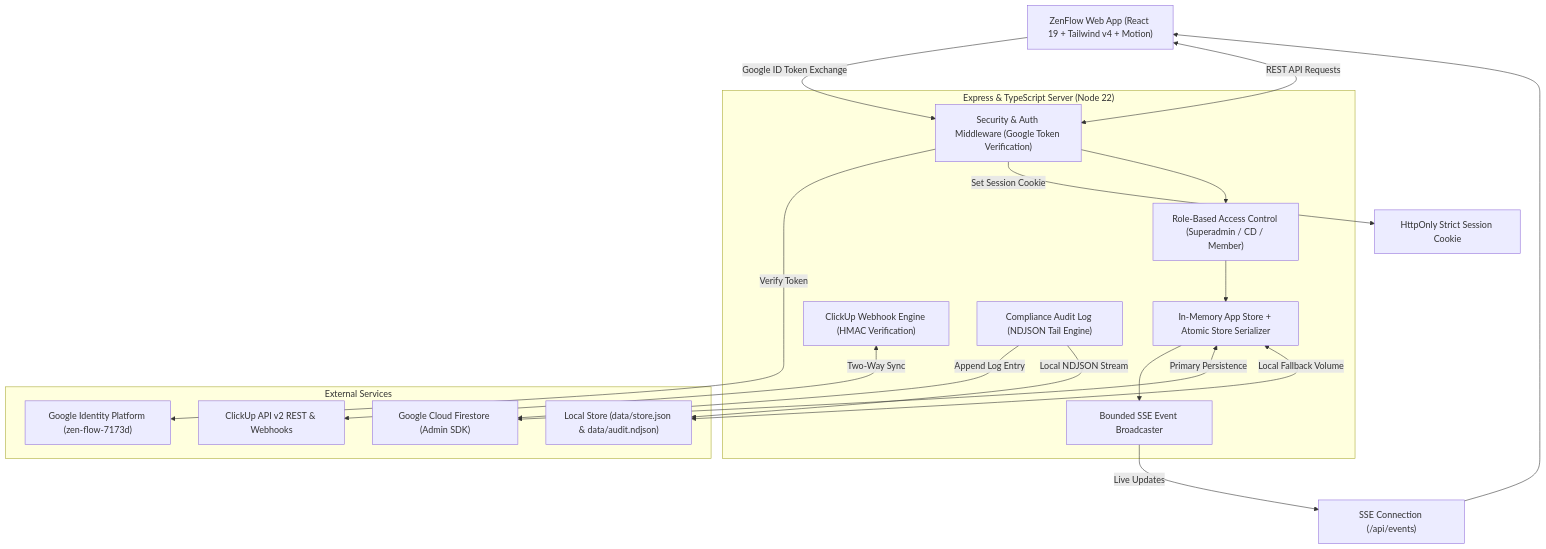
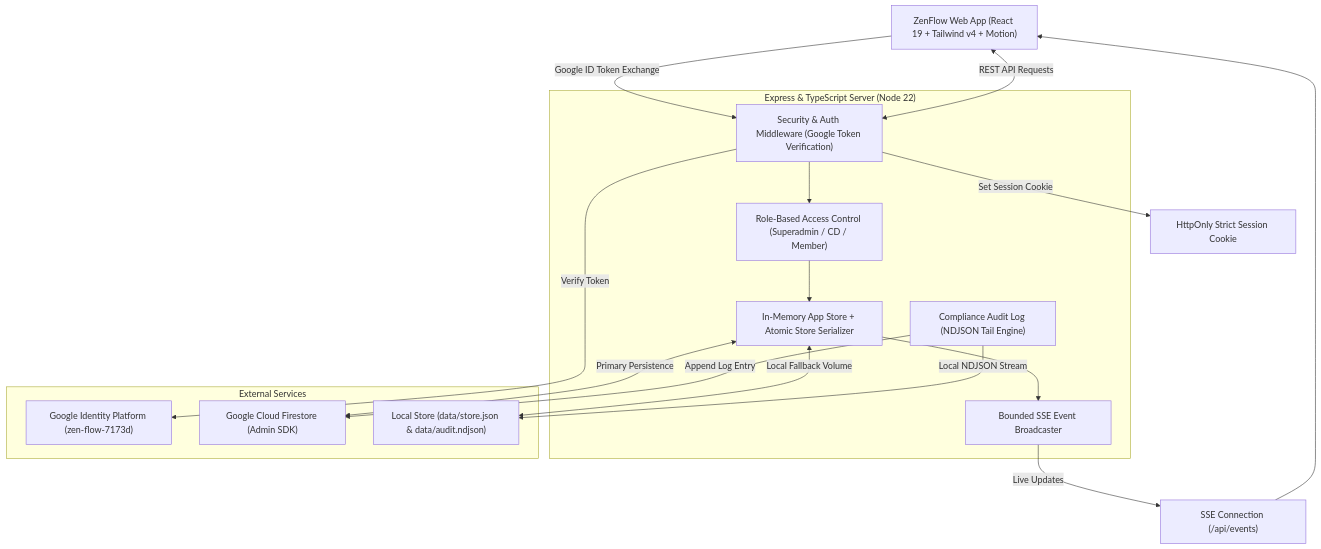
The diagram in README.md (schultz911/ZenFlow), drawn with Mermaid before and after one commit. The commit also changed other lines of this file and 30 other files, not shown here.

````diff
--- a/README.md
+++ b/README.md
@@ -76,35 +72,32 @@
 ```mermaid
 flowchart TD
     Client["ZenFlow Web App (React 19 + Tailwind v4 + Motion)"]
     SSE["SSE Connection (/api/events)"]
     AuthCookie["HttpOnly Strict Session Cookie"]
 
     subgraph Backend["Express & TypeScript Server (Node 22)"]
         SecMiddleware["Security & Auth Middleware (Google Token Verification)"]
         RBAC["Role-Based Access Control (Superadmin / CD / Member)"]
         Store["In-Memory App Store + Atomic Store Serializer"]
         SSEHub["Bounded SSE Event Broadcaster"]
-        WebhookHandler["ClickUp Webhook Engine (HMAC Verification)"]
         AuditEngine["Compliance Audit Log (NDJSON Tail Engine)"]
     end
 
     subgraph External["External Services"]
         GoogleAuth["Google Identity Platform (zen-flow-7173d)"]
         FirestoreAdmin["Google Cloud Firestore (Admin SDK)"]
-        ClickUpAPI["ClickUp API v2 REST & Webhooks"]
         LocalStorage["Local Store (data/store.json & data/audit.ndjson)"]
     end
 
     Client -->|Google ID Token Exchange| SecMiddleware
     SecMiddleware -->|Verify Token| GoogleAuth
     SecMiddleware -->|Set Session Cookie| AuthCookie
     Client <-->|REST API Requests| SecMiddleware
     SecMiddleware --> RBAC --> Store
     Store --> SSEHub -->|Live Updates| SSE --> Client
 
     Store <-->|Primary Persistence| FirestoreAdmin
     Store <-->|Local Fallback Volume| LocalStorage
-    WebhookHandler <-->|Two-Way Sync| ClickUpAPI
     AuditEngine -->|Append Log Entry| FirestoreAdmin
     AuditEngine -->|Local NDJSON Stream| LocalStorage
 ```
````
